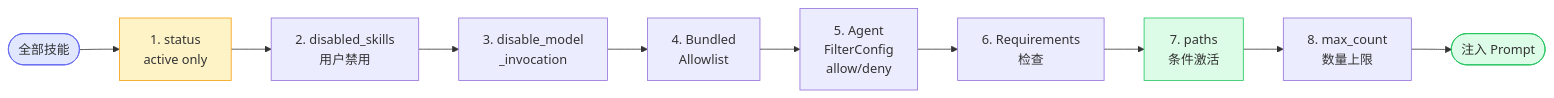
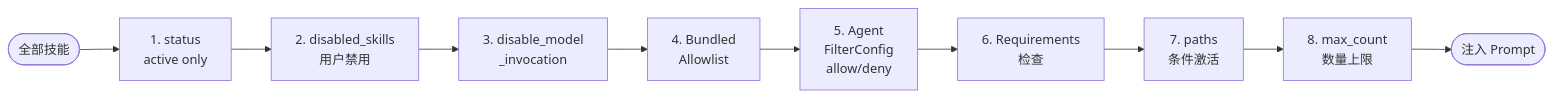
Before and after one commit to shiwenwen/hope-agent: the tenth of 18 diagrams in docs/architecture/skill-system.md, drawn with Mermaid. The commit also changed other lines of this file and 13 other files, not shown here.

First line of the commit message:
docs: 移除 mermaid 图表中的自定义背景色填充

````diff
--- a/docs/architecture/skill-system.md
+++ b/docs/architecture/skill-system.md
@@ -902,17 +881,13 @@
 ```mermaid
 flowchart LR
     ALL(["全部技能"]) --> F0["1. status<br/>active only"]
     F0 --> F1["2. disabled_skills<br/>用户禁用"]
     F1 --> F2["3. disable_model<br/>_invocation"]
     F2 --> F3["4. Bundled<br/>Allowlist"]
     F3 --> F4["5. Agent<br/>FilterConfig<br/>allow/deny"]
     F4 --> F5["6. Requirements<br/>检查"]
     F5 --> F55["7. paths<br/>条件激活"]
     F55 --> F6["8. max_count<br/>数量上限"]
     F6 --> OUT(["注入 Prompt"])
 
-    style ALL fill:#e0e7ff,stroke:#6366f1
-    style F0 fill:#fef3c7,stroke:#f59e0b
-    style F55 fill:#dcfce7,stroke:#22c55e
-    style OUT fill:#dcfce7,stroke:#22c55e
 ```
````
